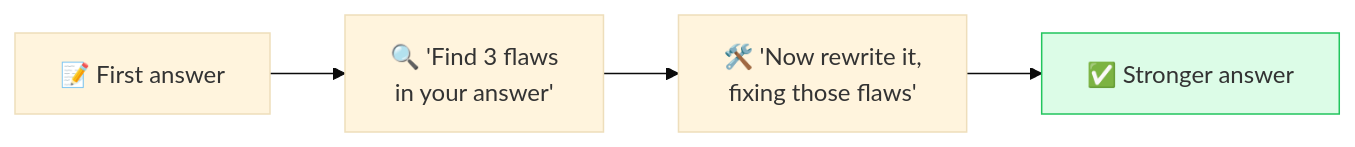
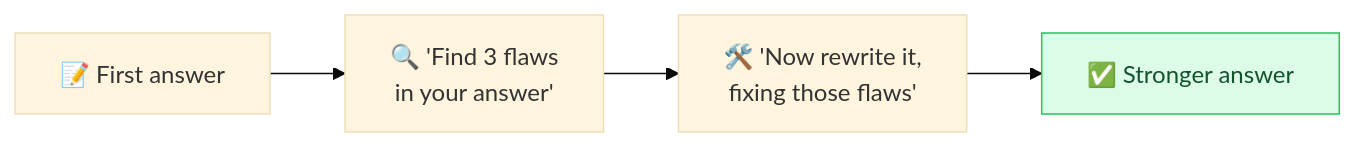
One commit to behnia137/prompt-engineering-visual changed the diagram in techniques/self-critique.md. Above: the diagram before and after it, drawn with Mermaid (base theme). The commit also changed 24 other files, not shown here.

First line of the commit message:
Fix Mermaid: escaped-quote parse errors + dark-mode text contrast

````diff
--- a/techniques/self-critique.md
+++ b/techniques/self-critique.md
@@ -7,7 +7,7 @@
 ```mermaid
 flowchart LR
     D["📝 First answer"] --> C["🔍 'Find 3 flaws<br/>in your answer'"]
     C --> F["🛠️ 'Now rewrite it,<br/>fixing those flaws'"]
     F --> R["✅ Stronger answer"]
-    style R fill:#dcfce7,stroke:#22c55e
+    style R fill:#dcfce7,stroke:#22c55e,color:#14532d
 ```
````
